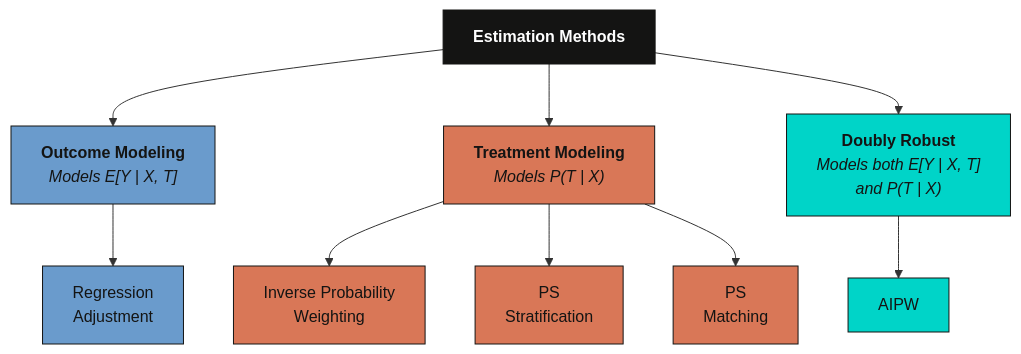
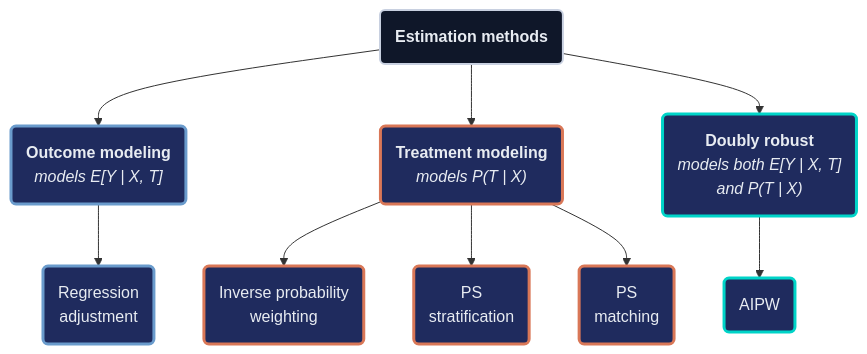
One commit to cmg777/starter-academic-v501 changed the fifth of 5 diagrams in content/post/python_dowhy/index.md. Above: the diagram before and after it, drawn with Mermaid. The commit also changed other lines of this file and 2 other files, not shown here.

First line of the commit message:
content(mermaid): restyle flowcharts in stata_rct, python_dowhy, r_estimateW (pilot)

````diff
--- a/content/post/python_dowhy/index.md
+++ b/content/post/python_dowhy/index.md
@@ -643,22 +657,20 @@
 ```mermaid
 graph TD
-    Root["<b>Estimation Methods</b>"] --> OM["<b>Outcome Modeling</b><br/><i>Models E[Y | X, T]</i>"]
-    Root --> TM["<b>Treatment Modeling</b><br/><i>Models P(T | X)</i>"]
-    Root --> DR_cat["<b>Doubly Robust</b><br/><i>Models both E[Y | X, T]<br/>and P(T | X)</i>"]
+    Root("<b>Estimation methods</b>") --> OM("<b>Outcome modeling</b><br/><i>models E[Y | X, T]</i>")
+    Root --> TM("<b>Treatment modeling</b><br/><i>models P(T | X)</i>")
+    Root --> DR_cat("<b>Doubly robust</b><br/><i>models both E[Y | X, T]<br/>and P(T | X)</i>")
 
-    OM --> RA["Regression<br/>Adjustment"]
-    TM --> IPW["Inverse Probability<br/>Weighting"]
-    TM --> PSS["PS<br/>Stratification"]
-    TM --> PSM["PS<br/>Matching"]
-    DR_cat --> DR["AIPW"]
-
-    style Root fill:#141413,stroke:#141413,color:#fff
-    style OM fill:#6a9bcc,stroke:#141413,color:#141413
-    style TM fill:#d97757,stroke:#141413,color:#141413
-    style DR_cat fill:#00d4c8,stroke:#141413,color:#141413
-    style RA fill:#6a9bcc,stroke:#141413,color:#141413
-    style IPW fill:#d97757,stroke:#141413,color:#141413
-    style PSS fill:#d97757,stroke:#141413,color:#141413
-    style PSM fill:#d97757,stroke:#141413,color:#141413
-    style DR fill:#00d4c8,stroke:#141413,color:#141413
+    OM --> RA("Regression<br/>adjustment")
+    TM --> IPW("Inverse probability<br/>weighting")
+    TM --> PSS("PS<br/>stratification")
+    TM --> PSM("PS<br/>matching")
+    DR_cat --> DR("AIPW")
+    classDef anchor fill:#0f1729,stroke:#c8d0e0,stroke-width:2px,color:#e8ecf2
+    classDef blue fill:#1f2b5e,stroke:#6a9bcc,stroke-width:3px,color:#e8ecf2
+    classDef orange fill:#1f2b5e,stroke:#d97757,stroke-width:3px,color:#e8ecf2
+    classDef teal fill:#1f2b5e,stroke:#00d4c8,stroke-width:3px,color:#e8ecf2
+    class Root anchor
+    class OM,RA blue
+    class TM,IPW,PSS,PSM orange
+    class DR_cat,DR teal
 ```
````
